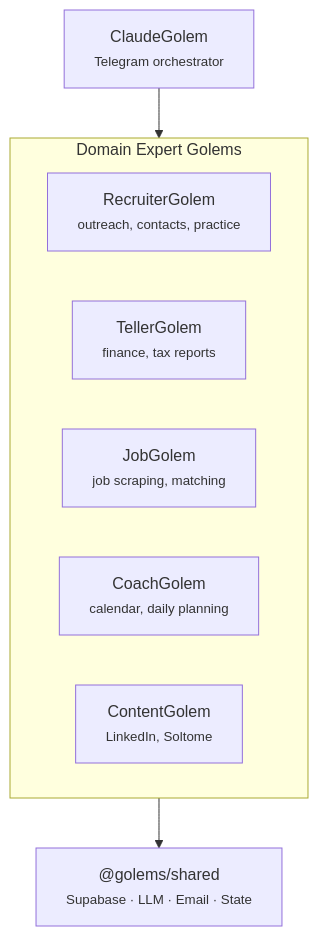
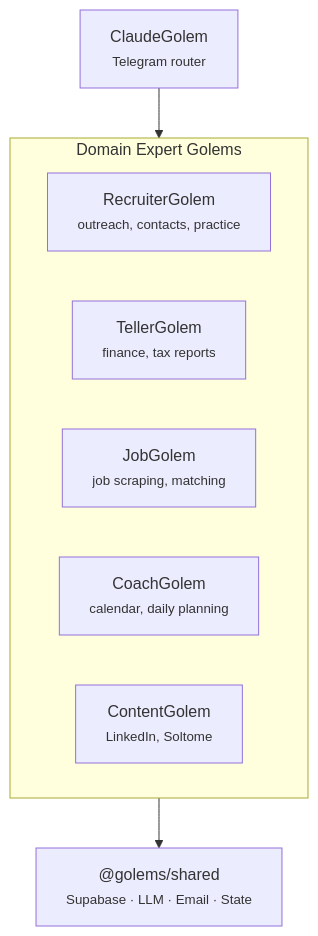
The diagram in content/golems/getting-started.md (EtanHey/etanheyman.com), drawn with Mermaid before and after one commit. The commit also changed other lines of this file and 5 other files, not shown here.

````diff
--- a/content/golems/getting-started.md
+++ b/content/golems/getting-started.md
@@ -21,12 +26,12 @@
 ```mermaid
 flowchart TD
     subgraph golems["Domain Expert Golems"]
         RG["RecruiterGolem<br/><small>outreach, contacts, practice</small>"]
         TG["TellerGolem<br/><small>finance, tax reports</small>"]
         JG["JobGolem<br/><small>job scraping, matching</small>"]
         CG["CoachGolem<br/><small>calendar, daily planning</small>"]
         XG["ContentGolem<br/><small>LinkedIn, Soltome</small>"]
     end
-    CL["ClaudeGolem<br/><small>Telegram orchestrator</small>"] --> golems
+    CL["ClaudeGolem<br/><small>Telegram router</small>"] --> golems
     golems --> infra["@golems/shared<br/><small>Supabase · LLM · Email · State</small>"]
 ```
````
